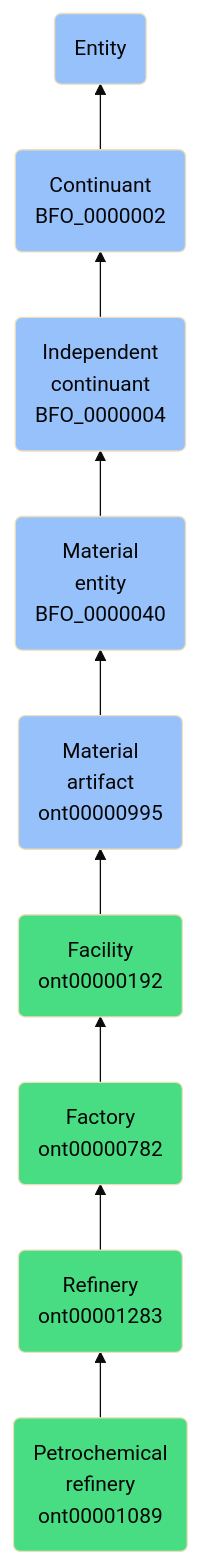
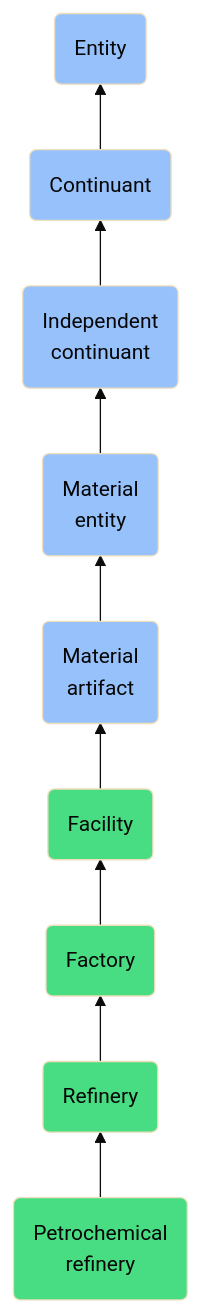
Before and after one commit to jupyter-naas/abi: the diagram in docs/ontology/reference/model/Entity/Continuant/Independent continuant/Material entity/Material artifact/Facility/Factory/Refinery/Petrochemical refinery/Petrochemical refinery.md, drawn with Mermaid (base theme). The commit also changed other lines of this file and 1430 other files, not shown here.

````diff
--- a/docs/ontology/reference/model/Entity/Continuant/Independent continuant/Material entity/Material artifact/Facility/Factory/Refinery/Petrochemical refinery/Petrochemical refinery.md
+++ b/docs/ontology/reference/model/Entity/Continuant/Independent continuant/Material entity/Material artifact/Facility/Factory/Refinery/Petrochemical refinery/Petrochemical refinery.md
@@ -24,16 +24,16 @@
 ```mermaid
 graph BT
-    ont00001089(Petrochemical<br>refinery<br>ont00001089):::ABI-->ont00001283
-    ont00001283(Refinery<br>ont00001283):::ABI-->ont00000782
-    ont00000782(Factory<br>ont00000782):::ABI-->ont00000192
-    ont00000192(Facility<br>ont00000192):::ABI-->ont00000995
-    ont00000995(Material<br>artifact<br>ont00000995):::BFO-->BFO_0000040
-    BFO_0000040(Material<br>entity<br>BFO_0000040):::BFO-->BFO_0000004
-    BFO_0000004(Independent<br>continuant<br>BFO_0000004):::BFO-->BFO_0000002
-    BFO_0000002(Continuant<br>BFO_0000002):::BFO-->BFO_0000001
+    ont00001089(Petrochemical<br>refinery):::ABI-->ont00001283
+    ont00001283(Refinery):::ABI-->ont00000782
+    ont00000782(Factory):::ABI-->ont00000192
+    ont00000192(Facility):::ABI-->ont00000995
+    ont00000995(Material<br>artifact):::BFO-->BFO_0000040
+    BFO_0000040(Material<br>entity):::BFO-->BFO_0000004
+    BFO_0000004(Independent<br>continuant):::BFO-->BFO_0000002
+    BFO_0000002(Continuant):::BFO-->BFO_0000001
     BFO_0000001(Entity):::BFO
     
     classDef BFO fill:#97c1fb,color:#060606
     classDef CCO fill:#e4c51e,color:#060606
     classDef ABI fill:#48DD82,color:#060606
 ```
````
